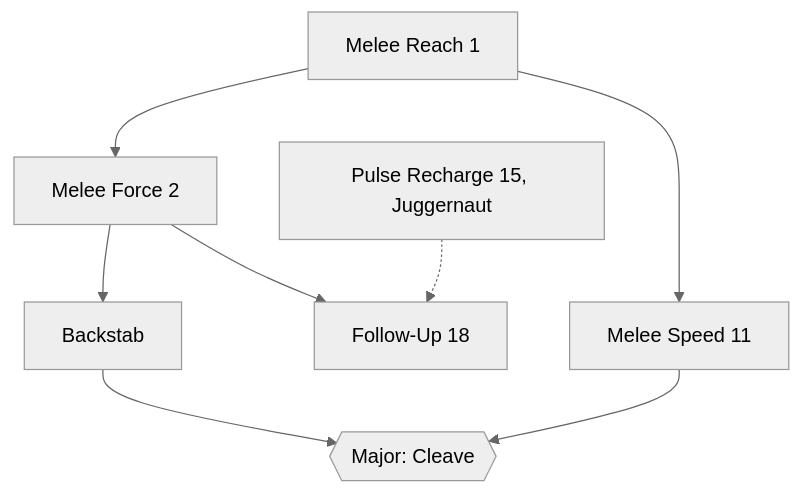
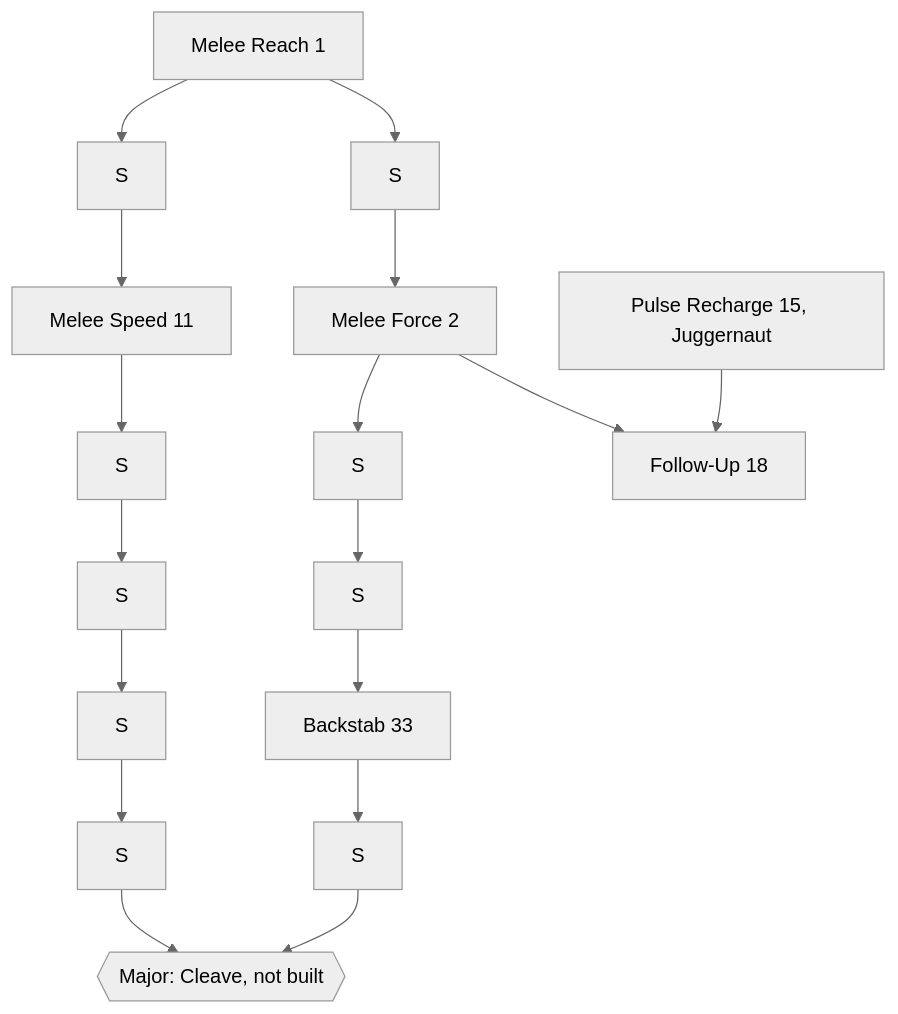
The fourth of 8 diagrams in docs/SKILL_TREE.md (ac95git/hl1-shock), drawn with Mermaid (neutral theme) before and after one commit. The commit also changed other lines of this file and 17 other files, not shown here.

````diff
--- a/docs/SKILL_TREE.md
+++ b/docs/SKILL_TREE.md
@@ -208,10 +225,9 @@
 ```mermaid
 graph TD
-  MR[Melee Reach 1] --> MF[Melee Force 2]
-  MR --> MS[Melee Speed 11]
-  MF --> BS[Backstab]
+  MR[Melee Reach 1] --> S1[S] --> MS[Melee Speed 11] --> S3[S] --> S5[S] --> S7[S] --> S8[S]
+  MR --> S2[S] --> MF[Melee Force 2] --> S4[S] --> S6[S] --> BS[Backstab 33] --> S9[S]
   MF --> FU[Follow-Up 18]
-  PR[Pulse Recharge 15, Juggernaut] -.-> FU
-  BS --> CL{{"Major: Cleave"}}
-  MS --> CL
+  PR[Pulse Recharge 15, Juggernaut] --> FU
+  S8 --> CL{{"Major: Cleave, not built"}}
+  S9 --> CL
 ```
````
